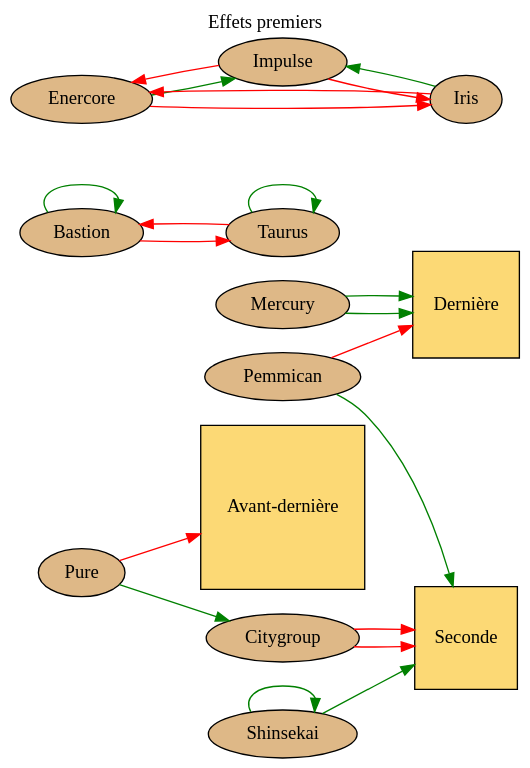
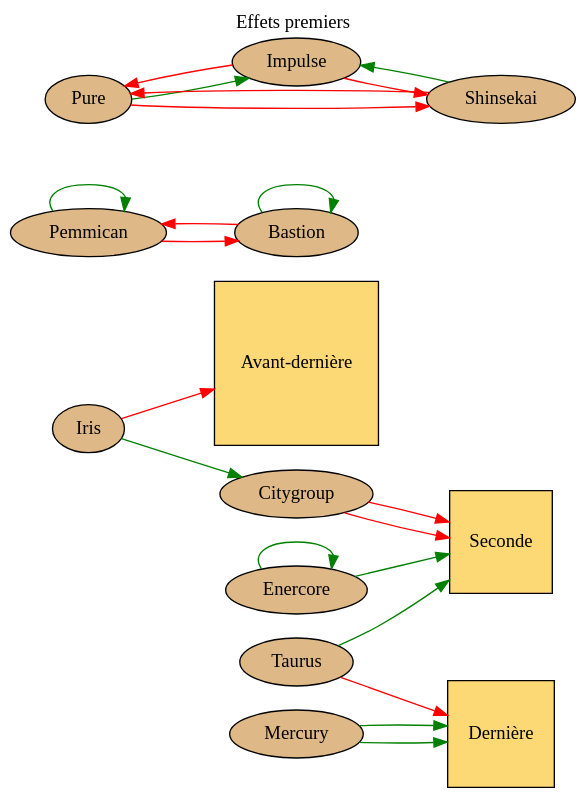
The diagram in data/cities/detroit/graphviz/first.dot (Neamar/corporate), drawn with Graphviz before and after one commit. The commit also changed 1 other file, not shown here.

Commit message:
Duo is now Pemmican / Bastion, trio Impulse / Shinsekai / Pure

```diff
--- a/data/cities/detroit/graphviz/first.dot
+++ b/data/cities/detroit/graphviz/first.dot
@@ -1,55 +1,55 @@
 # dot -T svg data/graphviz/first.dot > website/static/graphviz/first.svg
 digraph g{
 	graph [
 			rankdir = "LR"
 			bgcolor=transparent
 	];
 	// title
 	labelloc="t";
 	label="Effets premiers";
 
 	second [shape=square, fillcolor="#FCD975", style="filled", label="Seconde"];
 	avantdernier [shape=square, fillcolor="#FCD975", style="filled", label="Avant-dernière"];
 	dernier [shape=square, fillcolor="#FCD975", style="filled", label="Dernière"];
 
 	pemmican [shape=ellipse, fillcolor="burlywood", style="filled", label="Pemmican"];
 	bastion [shape=ellipse, fillcolor="burlywood", style="filled", label="Bastion"];
 	citygroup [shape=ellipse, fillcolor="burlywood", style="filled", label="Citygroup"];
 	enercore [shape=ellipse, fillcolor="burlywood", style="filled", label="Enercore"];
-	impulse [shape=ellipse, fillcolor="burlywood", style="filled", label="Impulse"];
 	iris [shape=ellipse, fillcolor="burlywood",style="filled", label="Iris"];
 	mercury [shape=ellipse, fillcolor="burlywood", style="filled", label="Mercury"];
 	pure [shape=ellipse, fillcolor="burlywood", style="filled", label="Pure"];
+	impulse [shape=ellipse, fillcolor="burlywood", style="filled", label="Impulse"];
 	shinsekai [shape=ellipse, fillcolor="burlywood", style="filled", label="Shinsekai"];
 	taurus [shape=ellipse, fillcolor="burlywood", style="filled", label="Taurus"];
 
-	pemmican -> dernier [color="red"];
-	pemmican -> second [color="green"];
+	taurus -> dernier [color="red"];
+	taurus -> second [color="green"];
 
-	bastion -> taurus [color="red"];
+	bastion -> pemmican [color="red"];
 	bastion -> bastion [color="green"];
 
-	taurus -> taurus [color="green"];
-	taurus -> bastion [color="red"];
+	pemmican -> pemmican [color="green"];
+	pemmican -> bastion [color="red"];
 
 	citygroup-> second [color="red"];
 	citygroup-> second [color="red"];
 
-	shinsekai -> shinsekai [color="green"];
-	shinsekai -> second [color="green"];
+	enercore -> enercore [color="green"];
+	enercore -> second [color="green"];
 
-	enercore -> iris [color="red"];
-	enercore -> impulse [color="green"];
+	shinsekai -> pure [color="red"];
+	shinsekai -> impulse [color="green"];
 
-	impulse -> enercore [color="red"];
-	impulse -> iris [color="red"];
+	impulse -> shinsekai [color="red"];
+	impulse -> pure [color="red"];
 
-	iris -> enercore [color="red"];
-	iris -> impulse [color="green"];
+	pure -> shinsekai [color="red"];
+	pure -> impulse [color="green"];
 
 	mercury -> dernier [color="green"];
 	mercury -> dernier [color="green"];
 
-	pure -> avantdernier [color="red"];
-	pure -> citygroup [color="green"];
+	iris -> avantdernier [color="red"];
+	iris -> citygroup [color="green"];
 }
```
